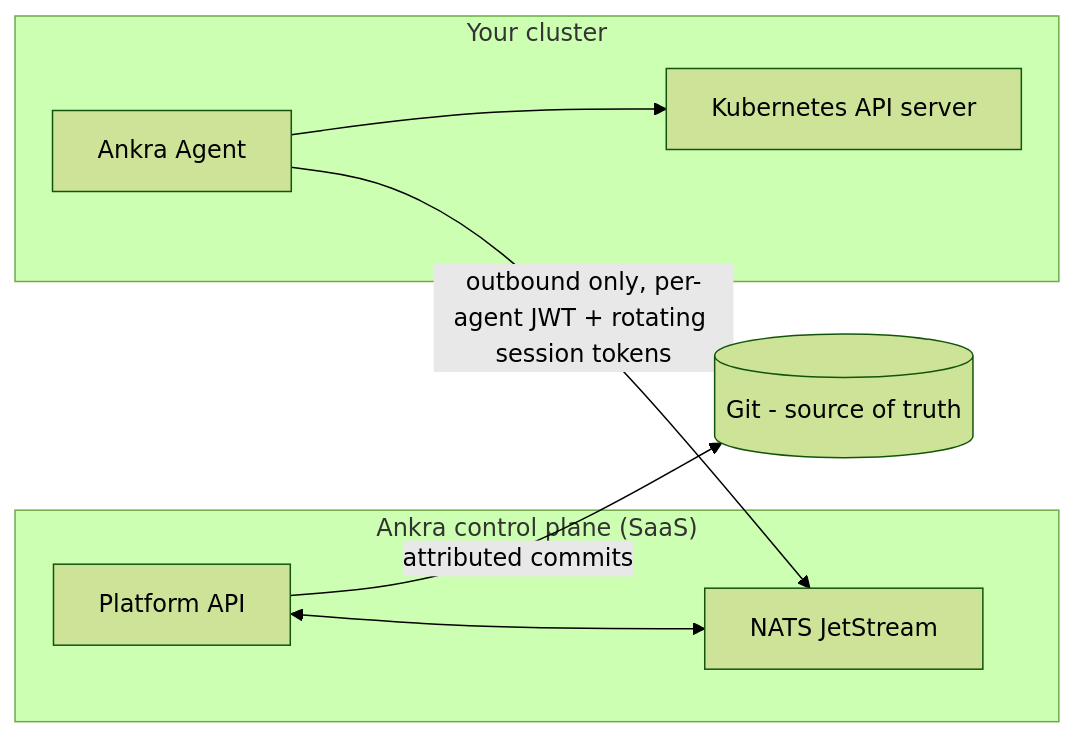
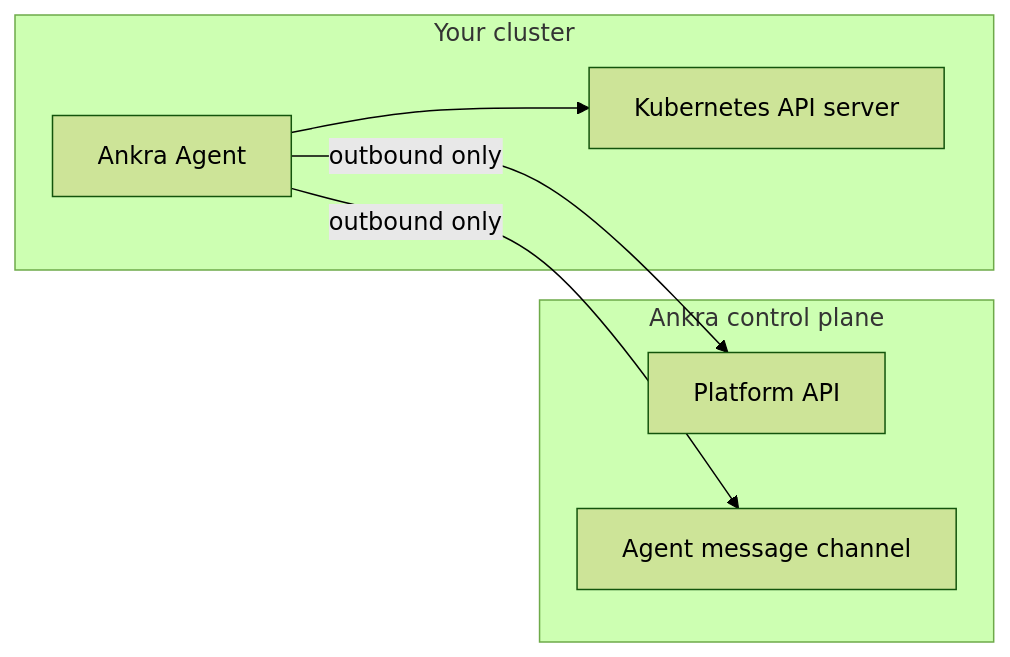
Before and after one commit to ankraio/ankra-docs: the diagram in security/overview.mdx, drawn with Mermaid (forest theme). The commit also changed other lines of this file and 2 other files, not shown here.

````diff
--- a/security/overview.mdx
+++ b/security/overview.mdx
@@ -16,16 +17,14 @@
 ```mermaid
 flowchart LR
-    subgraph SaaS["Ankra control plane (SaaS)"]
-        Platform[Platform API]
-        Jetstream[NATS JetStream]
-    end
     subgraph Cluster["Your cluster"]
         Agent[Ankra Agent]
         KubeAPI[Kubernetes API server]
     end
-    Git[("Git - source of truth")]
-    Agent -->|"outbound only, per-agent JWT + rotating session tokens"| Jetstream
-    Platform <--> Jetstream
+    subgraph SaaS["Ankra control plane"]
+        Platform[Platform API]
+        Bus[Agent message channel]
+    end
+    Agent -->|"outbound only"| Platform
+    Agent -->|"outbound only"| Bus
     Agent --> KubeAPI
-    Platform -->|attributed commits| Git
 ```
````
